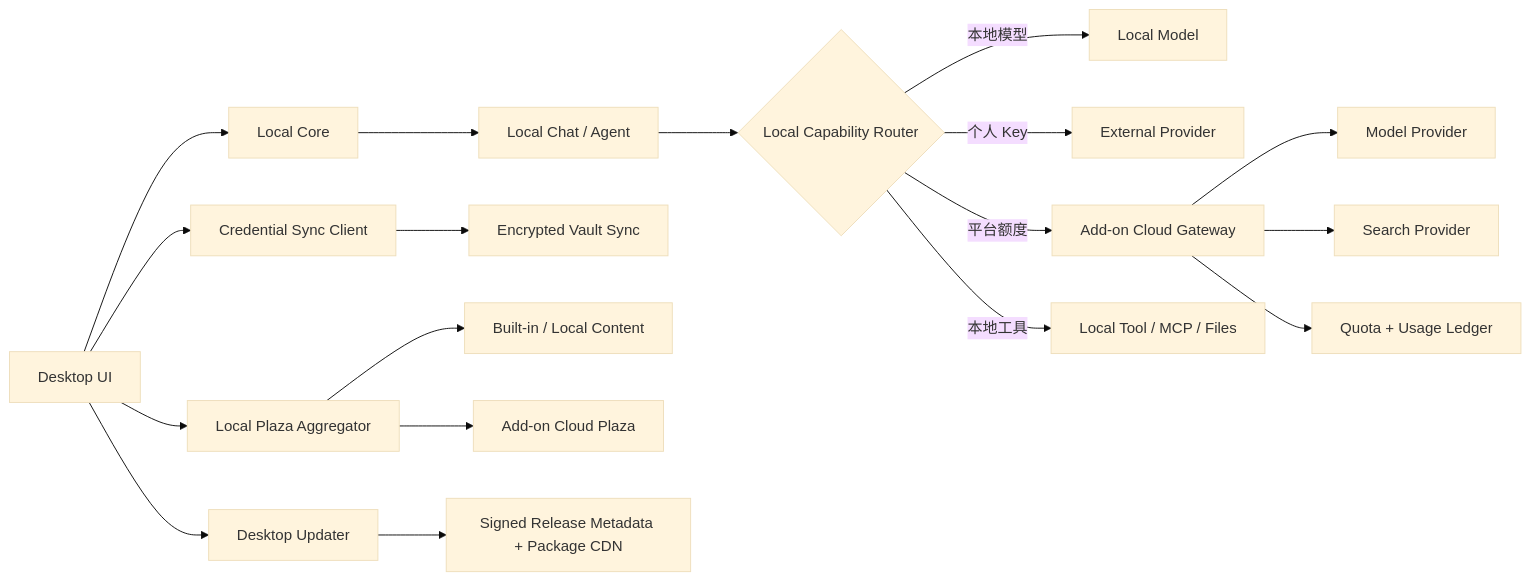
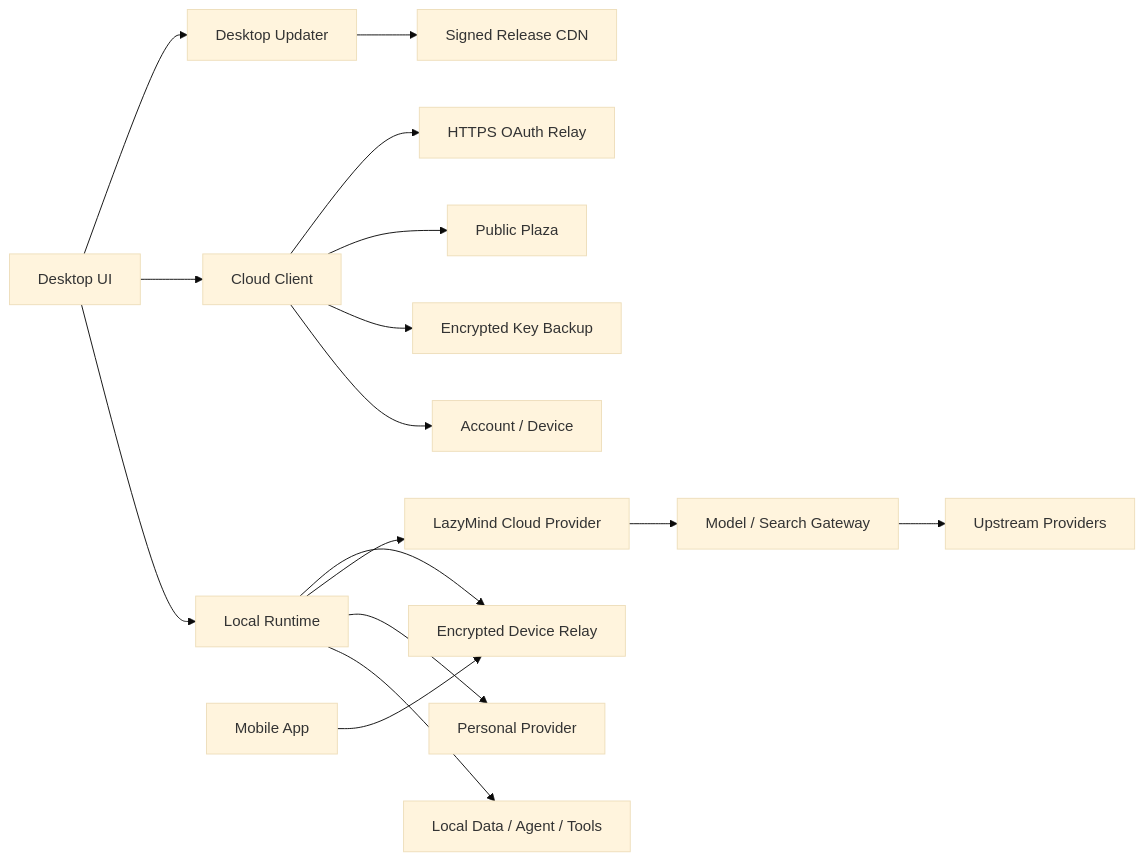
The diagram in docs/plan/cloud-desktop-local-architecture-plan.md (ADAM-CHENG666/LazyRAG), drawn with Mermaid (base theme) before and after one commit. The commit also changed other lines of this file, not shown here.

Commit message:
update cloud-desktop plan (#438)

````diff
--- a/docs/plan/cloud-desktop-local-architecture-plan.md
+++ b/docs/plan/cloud-desktop-local-architecture-plan.md
@@ -52,22 +120,19 @@
 ```mermaid
 flowchart LR
-    UI["Desktop UI"] --> CORE["Local Core"]
-    CORE --> AGENT["Local Chat / Agent"]
-    AGENT --> ROUTER{"Local Capability Router"}
+    UI["Desktop UI"] --> CORE["Local Runtime"]
+    CORE --> DATA["Local Data / Agent / Tools"]
+    CORE --> PERSONAL["Personal Provider"]
+    CORE --> PLATFORM["LazyMind Cloud Provider"]
+    PLATFORM --> GATEWAY["Model / Search Gateway"]
+    GATEWAY --> UPSTREAM["Upstream Providers"]
 
-    ROUTER -->|"本地模型"| LOCALMODEL["Local Model"]
-    ROUTER -->|"个人 Key"| PROVIDER["External Provider"]
-    ROUTER -->|"平台额度"| CLOUD["Add-on Cloud Gateway"]
-    ROUTER -->|"本地工具"| TOOLS["Local Tool / MCP / Files"]
-
-    CLOUD --> MODEL["Model Provider"]
-    CLOUD --> SEARCH["Search Provider"]
-    CLOUD --> BILLING["Quota + Usage Ledger"]
-    UI --> SYNC["Credential Sync Client"]
-    SYNC --> VAULT["Encrypted Vault Sync"]
-    UI --> PLAZA["Local Plaza Aggregator"]
-    PLAZA --> LOCALCAT["Built-in / Local Content"]
-    PLAZA --> CLOUDCAT["Add-on Cloud Plaza"]
-    UI --> UPDATER["Desktop Updater"]
-    UPDATER --> RELEASES["Signed Release Metadata + Package CDN"]
+    UI --> CLOUDCLIENT["Cloud Client"]
+    CLOUDCLIENT --> ACCOUNT["Account / Device"]
+    CLOUDCLIENT --> VAULT["Encrypted Key Backup"]
+    CLOUDCLIENT --> PLAZA["Public Plaza"]
+    CLOUDCLIENT --> OAUTH["HTTPS OAuth Relay"]
+    UI --> UPDATE["Desktop Updater"]
+    UPDATE --> RELEASE["Signed Release CDN"]
+    MOBILE["Mobile App"] --> RELAY["Encrypted Device Relay"]
+    CORE --> RELAY
 ```
````
